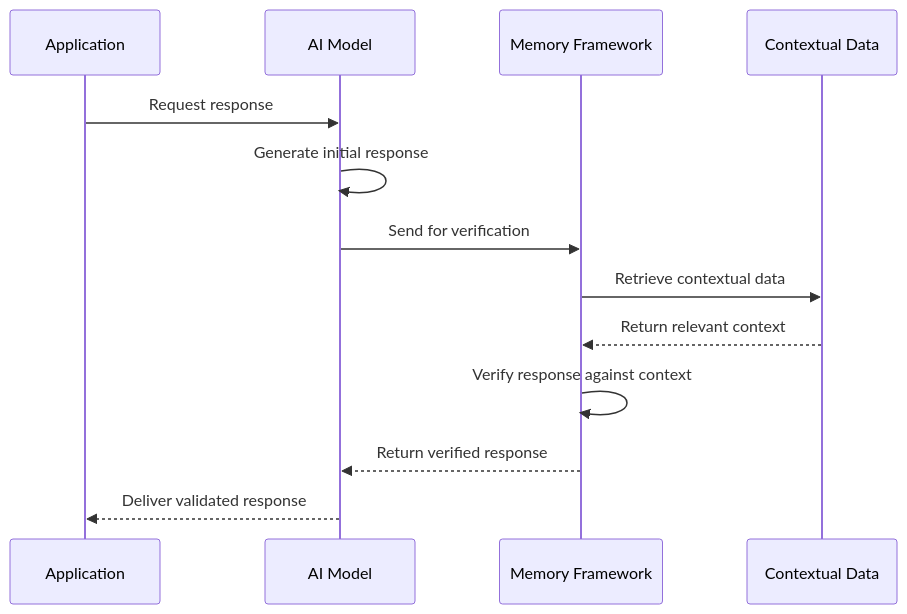
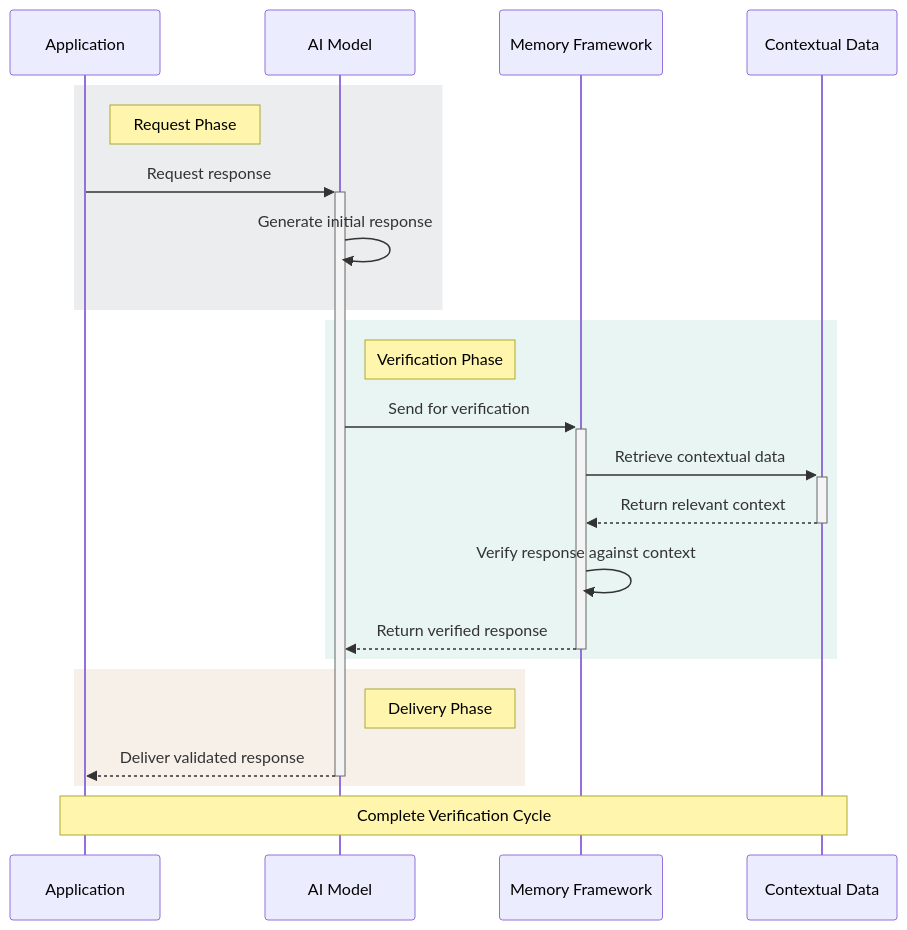
The second of 7 diagrams in README.md (Vortx-AI/memories-dev), drawn with Mermaid before and after one commit. The commit also changed other lines of this file, not shown here.

Commit message:
Enhance Mermaid diagrams with improved styling, flow indicators, and visual hierarchy

````diff
--- a/README.md
+++ b/README.md
@@ -224,16 +227,30 @@
 ```mermaid
+%%{init: { 'theme': 'default', 'themeVariables': { 'primaryColor': '#1F3A60', 'primaryTextColor': '#fff', 'primaryBorderColor': '#0F2A4C', 'lineColor': '#0F2A4C', 'secondaryColor': '#41B883', 'tertiaryColor': '#F7A922' } }}%%
 sequenceDiagram
     participant App as Application
     participant AI as AI Model
     participant MF as Memory Framework
     participant CD as Contextual Data
     
-    App->>AI: Request response
+    rect rgba(64, 78, 103, 0.1)
+    note right of App: Request Phase
+    App->>+AI: Request response
     AI->>AI: Generate initial response
-    AI->>MF: Send for verification
-    MF->>CD: Retrieve contextual data
-    CD-->>MF: Return relevant context
+    end
+    
+    rect rgba(43, 155, 128, 0.1)
+    note right of AI: Verification Phase
+    AI->>+MF: Send for verification
+    MF->>+CD: Retrieve contextual data
+    CD-->>-MF: Return relevant context
     MF->>MF: Verify response against context
-    MF-->>AI: Return verified response
-    AI-->>App: Deliver validated response
+    MF-->>-AI: Return verified response
+    end
+    
+    rect rgba(170, 110, 40, 0.1)
+    note right of AI: Delivery Phase
+    AI-->>-App: Deliver validated response
+    end
+    
+    note over App,CD: Complete Verification Cycle
 ```
````
